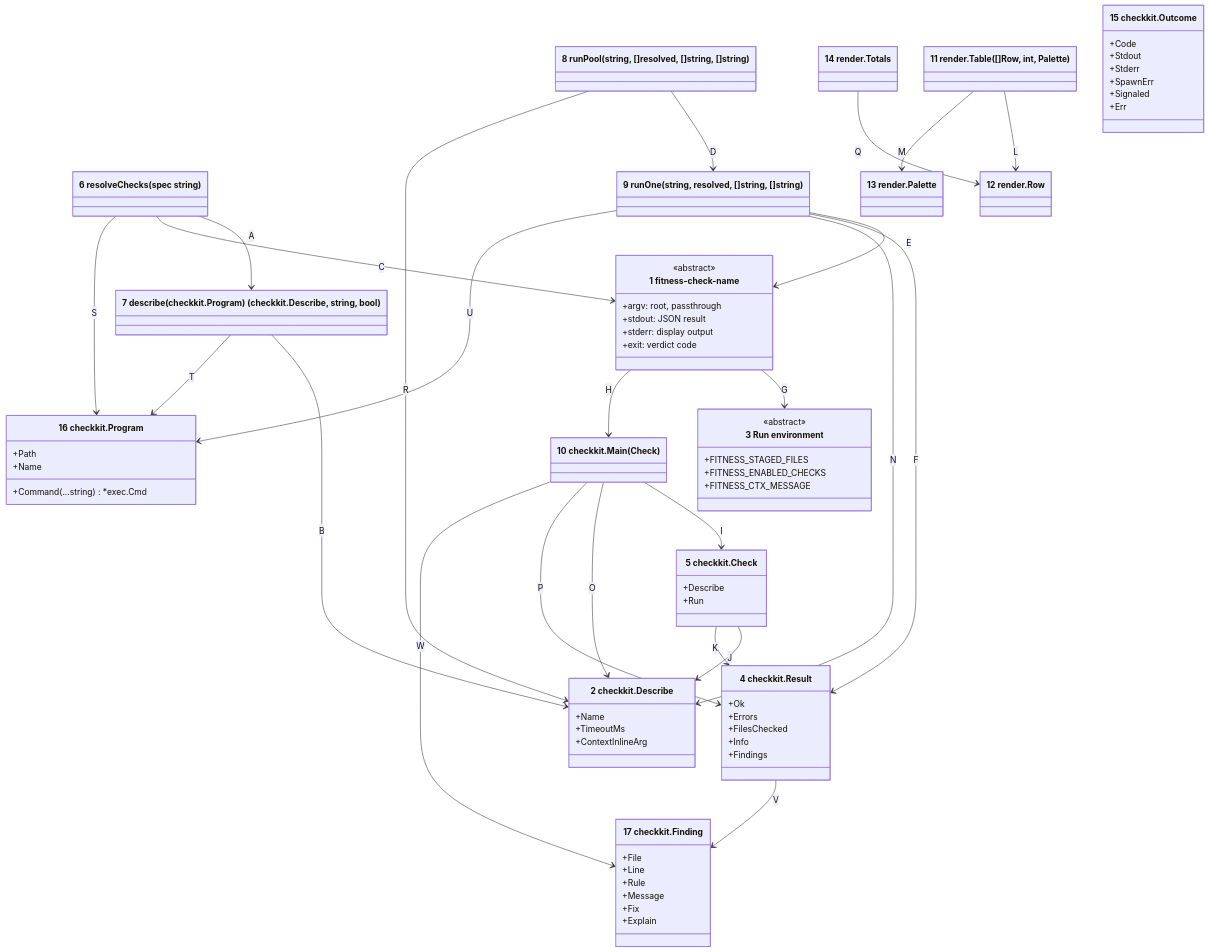
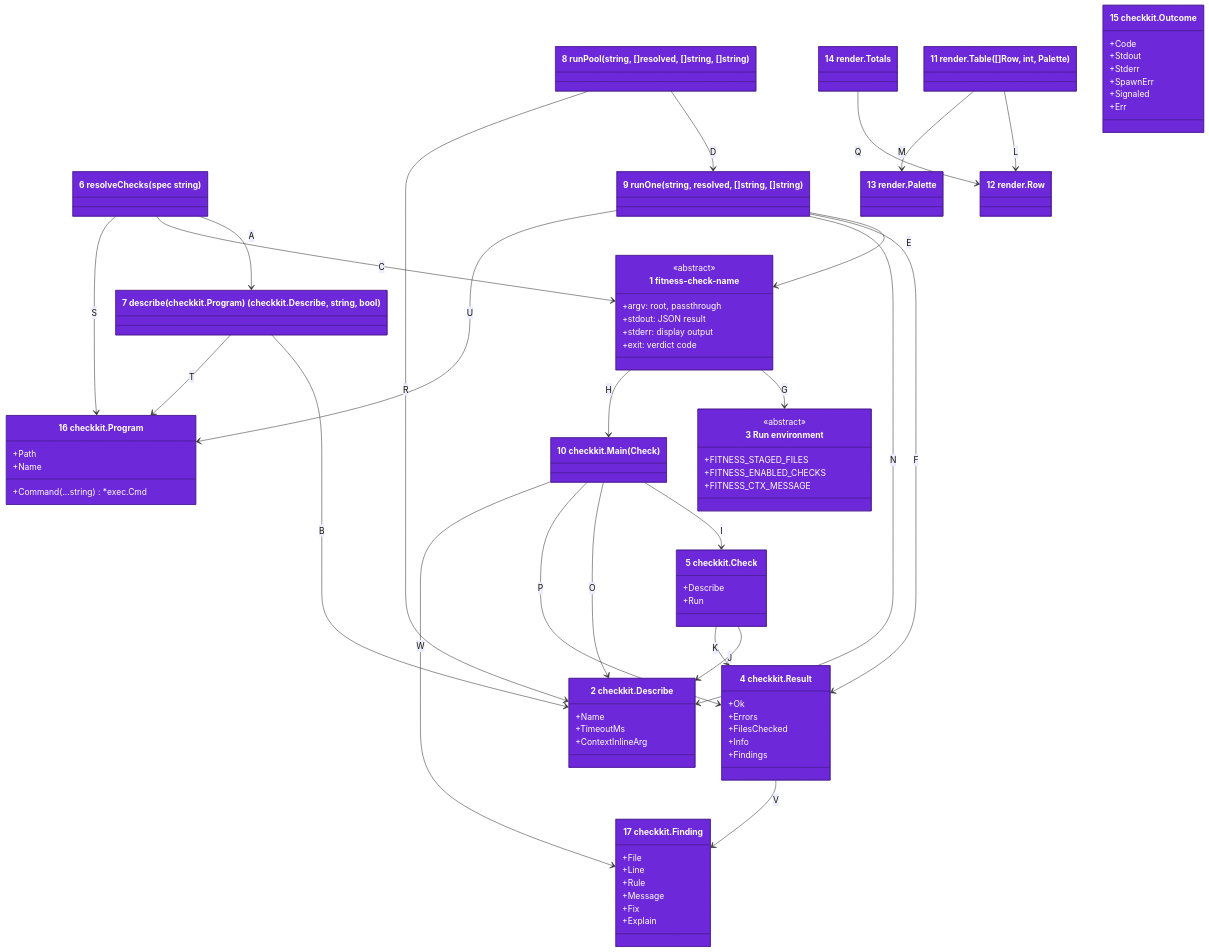
The first of 2 diagrams in docs/architecture/04-code.md (may-journal/fitness-runner), drawn with Mermaid before and after one commit. The commit also changed other lines of this file and 27 other files, not shown here.

First line of the commit message:
feat(doc-template): give each architecture view its level's form and palette (#608)

````diff
--- a/docs/architecture/04-code.md
+++ b/docs/architecture/04-code.md
@@ -90,4 +90,22 @@
     }
     Result --> Finding : V
     checkkitMain --> Finding : W
+
+    style CheckBinary fill:#6d28d9,stroke:#4c1d95,color:#ffffff
+    style Describe fill:#6d28d9,stroke:#4c1d95,color:#ffffff
+    style RunEnv fill:#6d28d9,stroke:#4c1d95,color:#ffffff
+    style Result fill:#6d28d9,stroke:#4c1d95,color:#ffffff
+    style Check fill:#6d28d9,stroke:#4c1d95,color:#ffffff
+    style resolveChecks fill:#6d28d9,stroke:#4c1d95,color:#ffffff
+    style describe fill:#6d28d9,stroke:#4c1d95,color:#ffffff
+    style runPool fill:#6d28d9,stroke:#4c1d95,color:#ffffff
+    style runOne fill:#6d28d9,stroke:#4c1d95,color:#ffffff
+    style checkkitMain fill:#6d28d9,stroke:#4c1d95,color:#ffffff
+    style renderTable fill:#6d28d9,stroke:#4c1d95,color:#ffffff
+    style Row fill:#6d28d9,stroke:#4c1d95,color:#ffffff
+    style Palette fill:#6d28d9,stroke:#4c1d95,color:#ffffff
+    style Totals fill:#6d28d9,stroke:#4c1d95,color:#ffffff
+    style Outcome fill:#6d28d9,stroke:#4c1d95,color:#ffffff
+    style Program fill:#6d28d9,stroke:#4c1d95,color:#ffffff
+    style Finding fill:#6d28d9,stroke:#4c1d95,color:#ffffff
 ```
````
